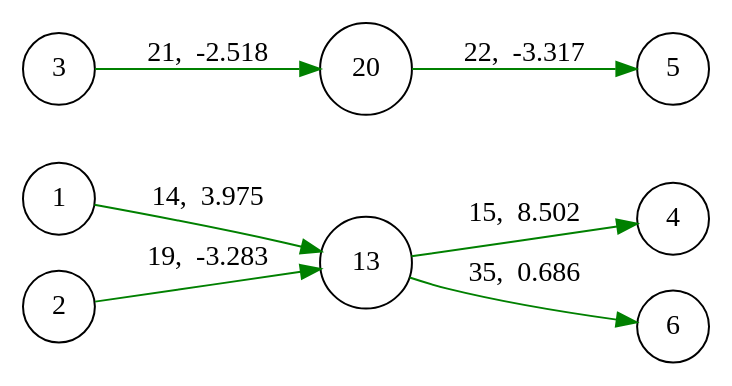
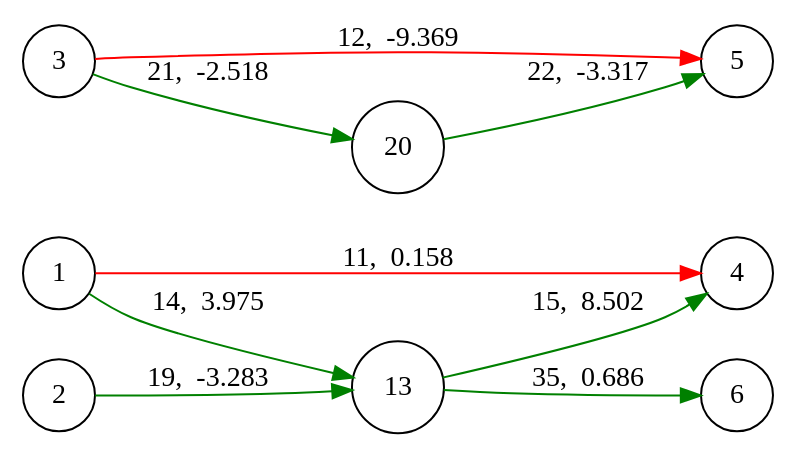
One commit to Rithvik-Reddy-Adapa/NEATJulia changed the diagram in neat_0_2.dot. Above: the diagram before and after it, drawn with Graphviz. The commit also changed 11 other files, not shown here.

```diff
--- a/neat_0_2.dot
+++ b/neat_0_2.dot
@@ -1,13 +1,15 @@
 digraph {
 	rankdir=LR;
 	node [shape=circle];
+	1->4[color=red,label="11,  0.158",penwidth=1.0];
 	1->13[color=green,label="14,  3.975",penwidth=1.0];
 	2->13[color=green,label="19,  -3.283",penwidth=1.0];
+	3->5[color=red,label="12,  -9.369",penwidth=1.0];
 	3->20[color=green,label="21,  -2.518",penwidth=1.0];
 	{rank=same; 1, 2, 3}
 	13->4[color=green,label="15,  8.502",penwidth=1.0];
 	13->6[color=green,label="35,  0.686",penwidth=1.0];
 	20->5[color=green,label="22,  -3.317",penwidth=1.0];
 	{rank=same; 13, 20}
 	{rank=same; 4, 5, 6}
 }
```
